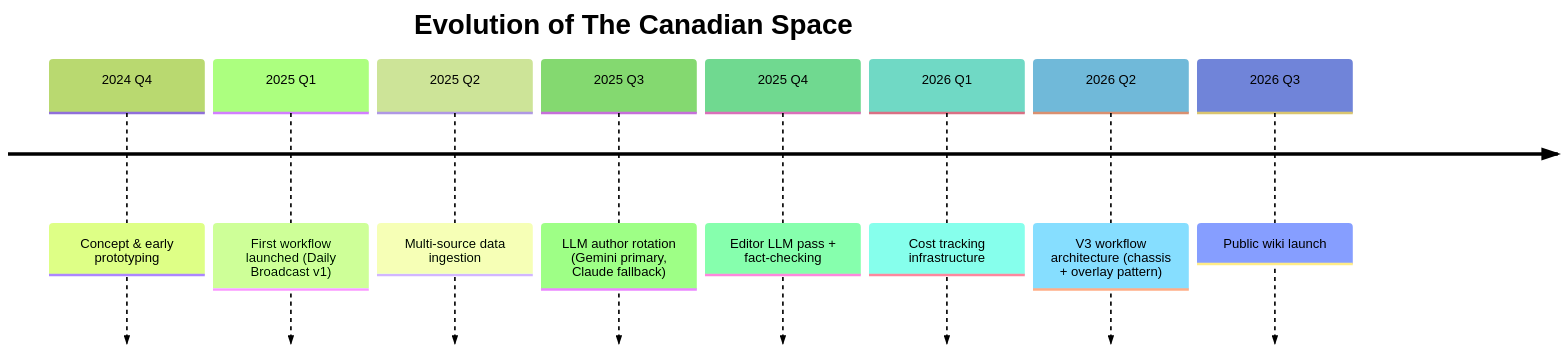
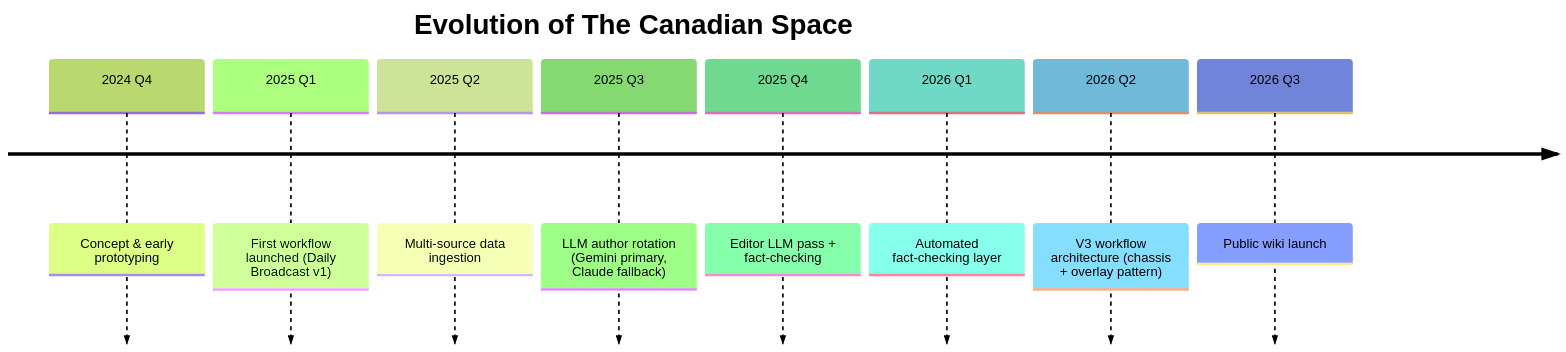
The diagram in docs/evolution/timeline.md (The-Canadian-Space/tcs-public-wiki), drawn with Mermaid (forest theme) before and after one commit. The commit also changed other lines of this file and 18 other files, not shown here.

````diff
--- a/docs/evolution/timeline.md
+++ b/docs/evolution/timeline.md
@@ -9,12 +9,12 @@
 ```mermaid
 timeline
     title Evolution of The Canadian Space
     2024 Q4 : Concept & early prototyping
     2025 Q1 : First workflow launched (Daily Broadcast v1)
     2025 Q2 : Multi-source data ingestion
     2025 Q3 : LLM author rotation (Gemini primary, Claude fallback)
     2025 Q4 : Editor LLM pass + fact-checking
-    2026 Q1 : Cost tracking infrastructure
+    2026 Q1 : Automated fact-checking layer
     2026 Q2 : V3 workflow architecture (chassis + overlay pattern)
     2026 Q3 : Public wiki launch
 ```
````
